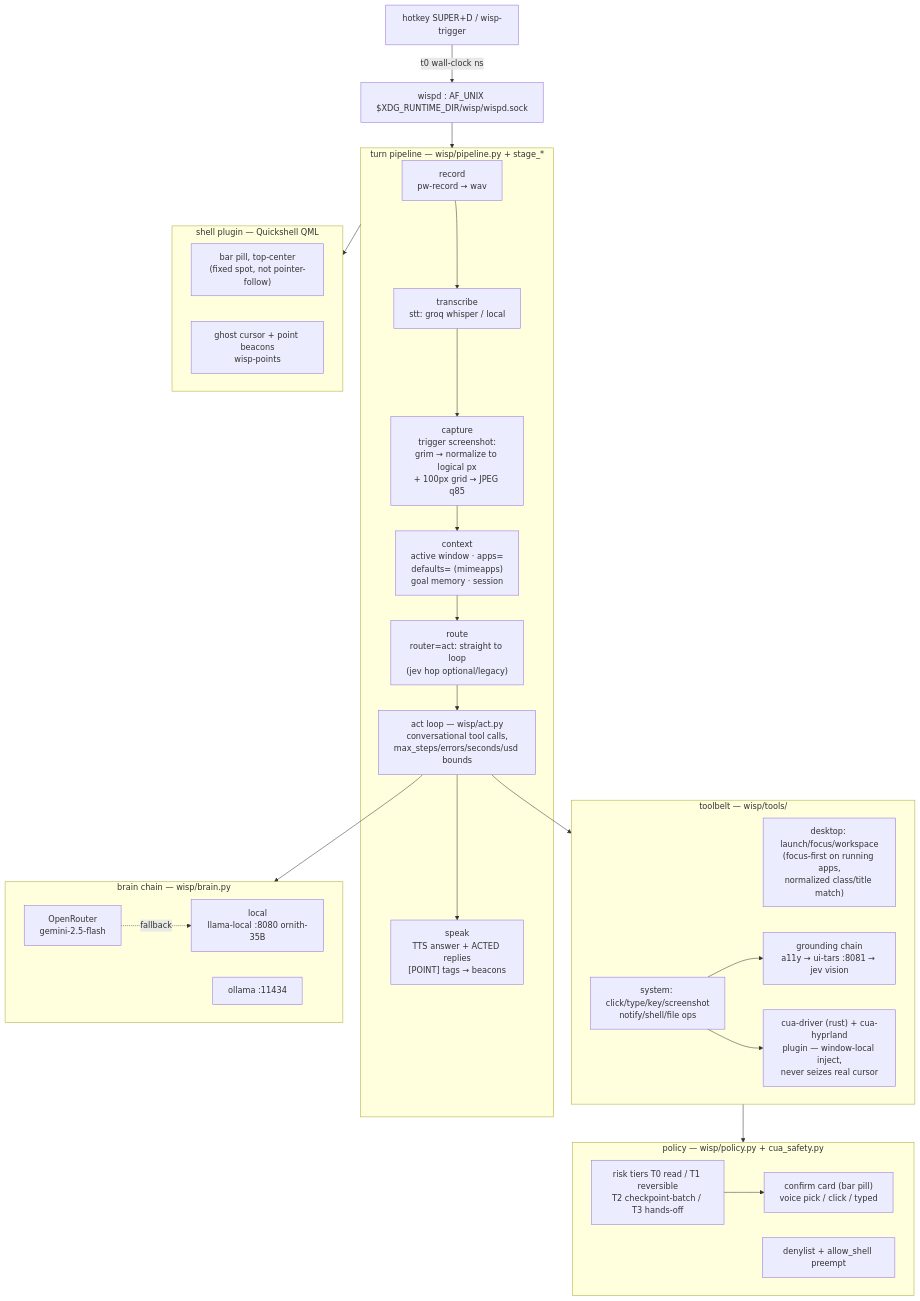
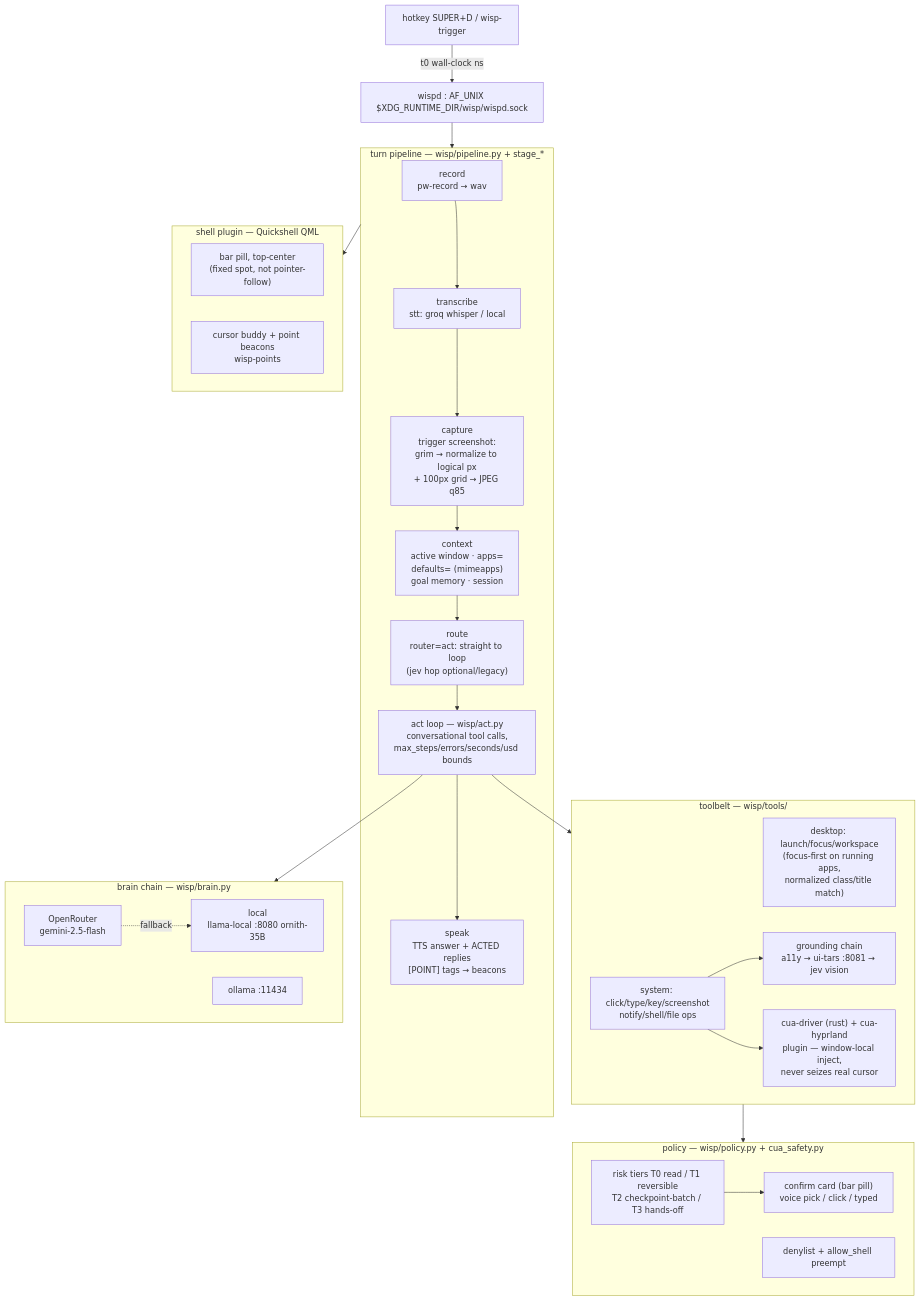
One commit to duketopceo/wisp changed the diagram in docs/ARCHITECTURE.md. Above: the diagram before and after it, drawn with Mermaid. The commit also changed 94 other files, not shown here.

First line of the commit message:
feat(overlay): Clacky-style cursor buddy rides the pointer during a turn (#148)

````diff
--- a/docs/ARCHITECTURE.md
+++ b/docs/ARCHITECTURE.md
@@ -9,44 +9,44 @@
 ```mermaid
 flowchart TD
     HK[hotkey SUPER+D / wisp-trigger] -->|t0 wall-clock ns| IPC
     IPC["wispd : AF_UNIX $XDG_RUNTIME_DIR/wisp/wispd.sock"] --> PIPE
 
     subgraph PIPE[turn pipeline — wisp/pipeline.py + stage_*]
         REC["record<br/>pw-record → wav"] --> STT["transcribe<br/>stt: groq whisper / local"]
         STT --> CAP["capture<br/>trigger screenshot:<br/>grim → normalize to logical px<br/>+ 100px grid → JPEG q85"]
         CAP --> CTX["context<br/>active window · apps=<br/>defaults= (mimeapps)<br/>goal memory · session"]
         CTX --> ROUTE["route<br/>router=act: straight to loop<br/>(jev hop optional/legacy)"]
         ROUTE --> ACT["act loop — wisp/act.py<br/>conversational tool calls,<br/>max_steps/errors/seconds/usd bounds"]
         ACT --> SPK["speak<br/>TTS answer + ACTED replies<br/>[POINT] tags → beacons"]
     end
 
     subgraph TOOLS[toolbelt — wisp/tools/]
         DESK["desktop: launch/focus/workspace<br/>(focus-first on running apps,<br/>normalized class/title match)"]
         SYS["system: click/type/key/screenshot<br/>notify/shell/file ops"]
         GND["grounding chain<br/>a11y → ui-tars :8081 → jev vision"]
         SYS --> GND
         CUA["cua-driver (rust) + cua-hyprland<br/>plugin — window-local inject,<br/>never seizes real cursor"]
         SYS --> CUA
     end
     ACT --> TOOLS
 
     subgraph GATE[policy — wisp/policy.py + cua_safety.py]
         TIERS["risk tiers T0 read / T1 reversible<br/>T2 checkpoint-batch / T3 hands-off"]
         DENY["denylist + allow_shell preempt"]
         CONFIRM["confirm card (bar pill)<br/>voice pick / click / typed"]
         TIERS --> CONFIRM
     end
     TOOLS --> GATE
 
     subgraph BRAIN[brain chain — wisp/brain.py]
         OR["OpenRouter<br/>gemini-2.5-flash"] -.->|fallback| LOCAL["local<br/>llama-local :8080 ornith-35B"]
         OLL["ollama :11434"]
     end
     ACT --> BRAIN
 
     subgraph SURFACE[shell plugin — Quickshell QML]
         PILL["bar pill, top-center<br/>(fixed spot, not pointer-follow)"]
-        GHOST["ghost cursor + point beacons<br/>wisp-points"]
+        GHOST["cursor buddy + point beacons<br/>wisp-points"]
     end
     PIPE --> SURFACE
 ```
````
